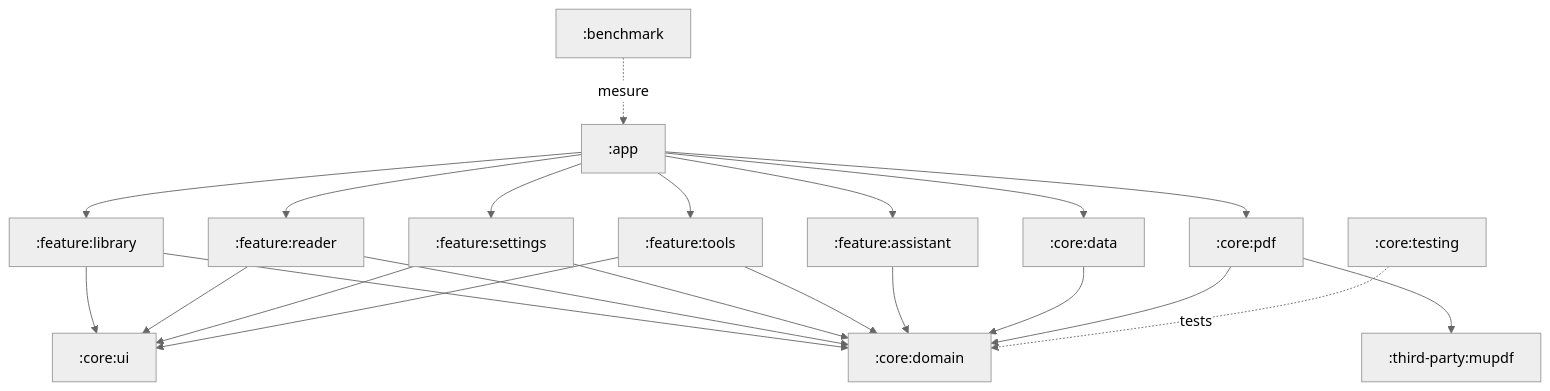
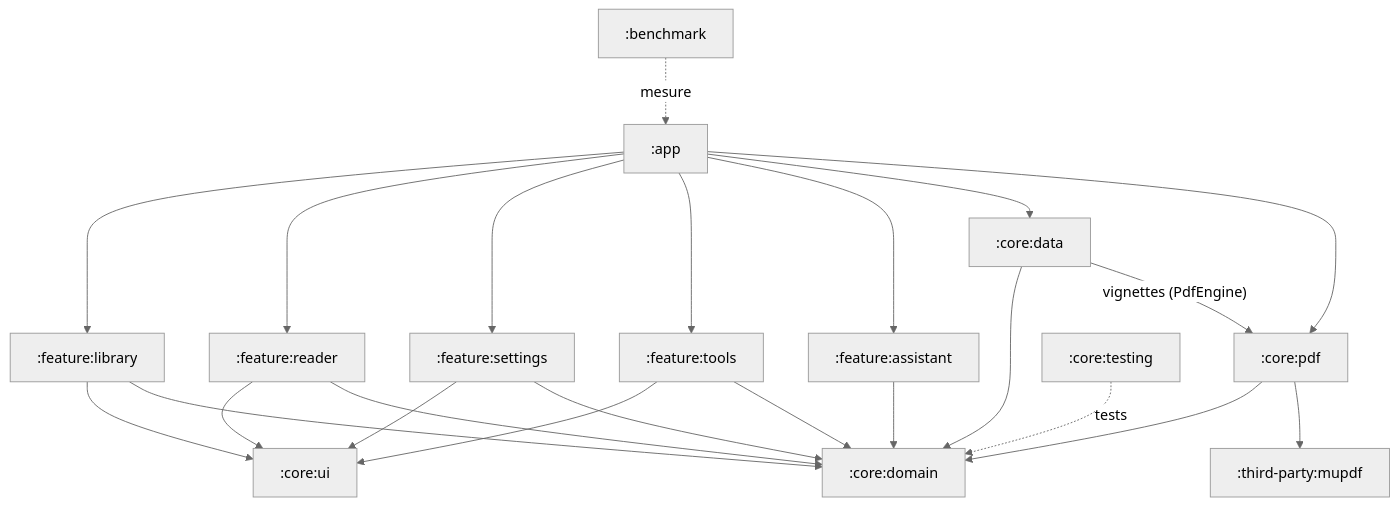
The first of 6 diagrams in docs/architecture.md (myxomatom/LutrinPDF), drawn with Mermaid (neutral theme) before and after one commit. The commit also changed other lines of this file and 7 other files, not shown here.

````diff
--- a/docs/architecture.md
+++ b/docs/architecture.md
@@ -36,20 +36,21 @@
 ```mermaid
 flowchart TD
     app[":app"] --> fl[":feature:library"]
     app --> fr[":feature:reader"]
     app --> fs[":feature:settings"]
     app --> ft[":feature:tools"]
     app --> fa[":feature:assistant"]
     app --> data[":core:data"]
     app --> pdf[":core:pdf"]
 
     fl & fr & fs & ft --> ui[":core:ui"]
     fl & fr & fs & ft & fa --> domain[":core:domain"]
 
     data --> domain
+    data -->|"vignettes (PdfEngine)"| pdf
     pdf --> domain
     pdf --> mupdf[":third-party:mupdf"]
 
     testing[":core:testing"] -.tests.-> domain
     bench[":benchmark"] -.mesure.-> app
 ```
````
